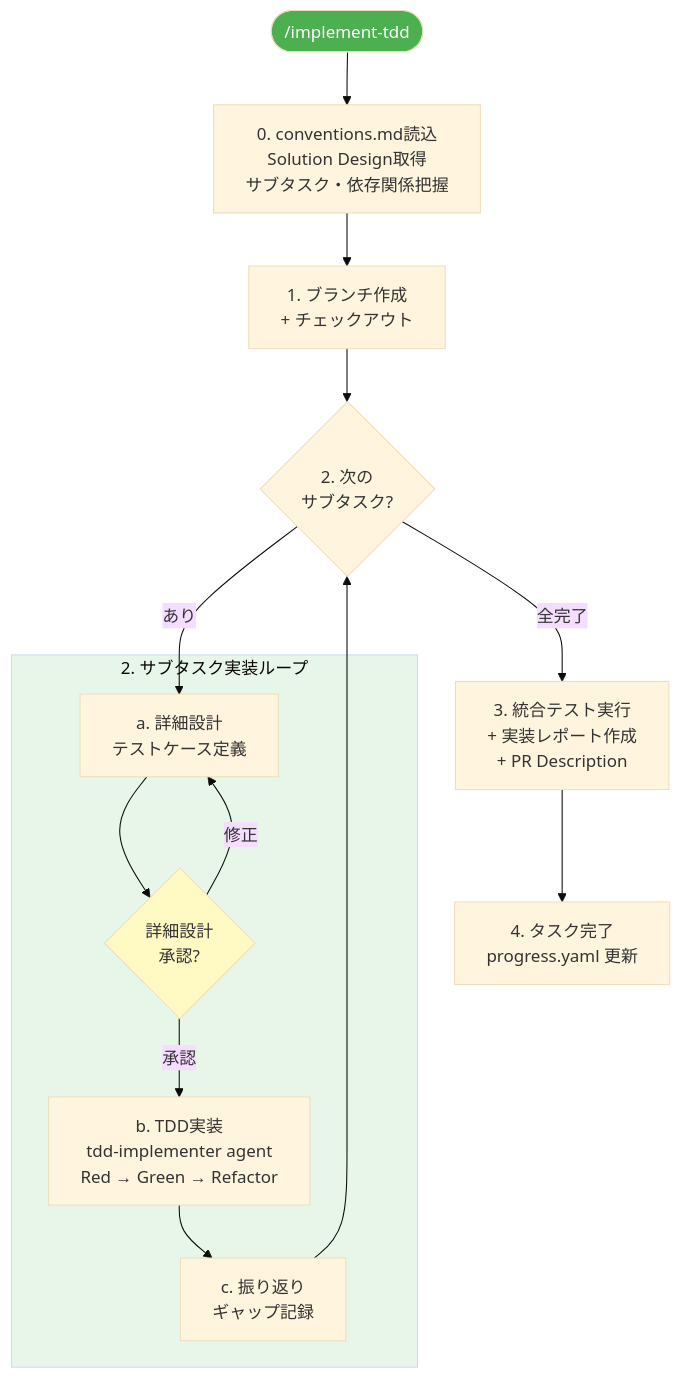
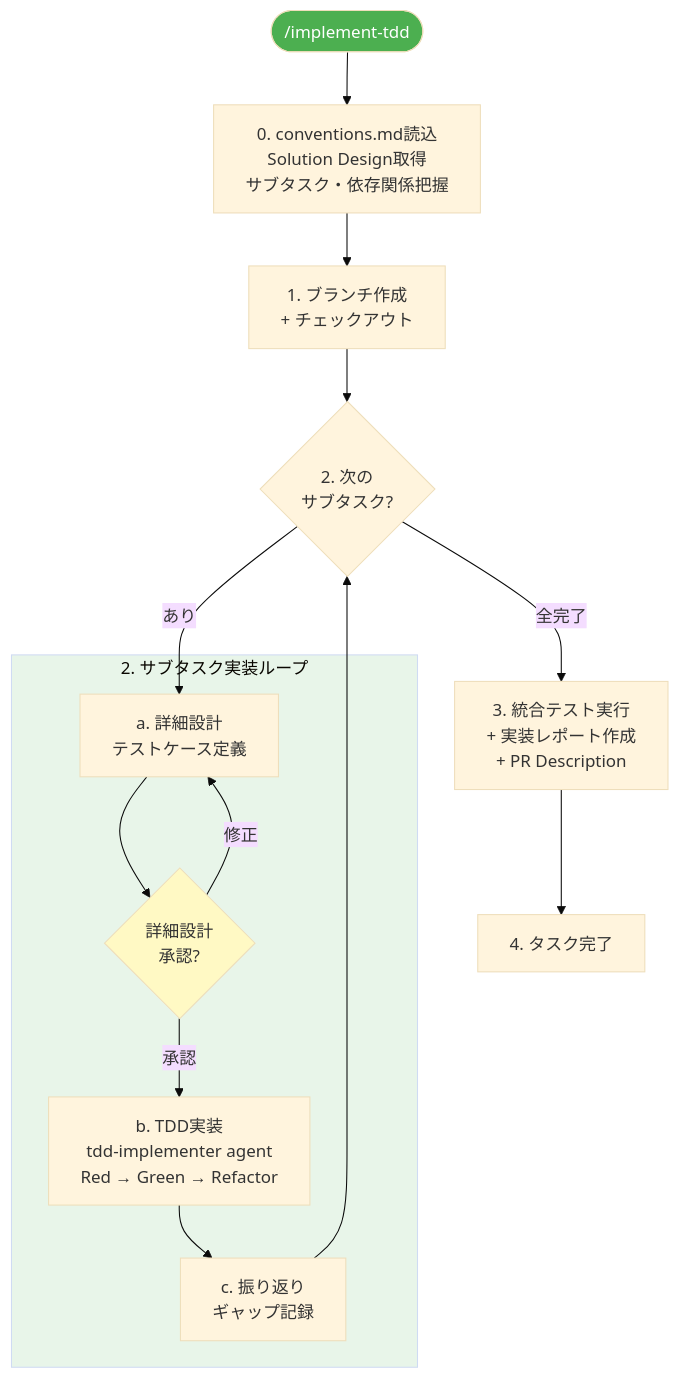
One commit to taakashifukada/app-dev-prompt-suite changed the fourth of 5 diagrams in plugins/app-dev-suite/doc/workflow-diagrams.md. Above: the diagram before and after it, drawn with Mermaid (base theme). The commit also changed other lines of this file and 7 other files, not shown here.

````diff
--- a/plugins/app-dev-suite/doc/workflow-diagrams.md
+++ b/plugins/app-dev-suite/doc/workflow-diagrams.md
@@ -108,26 +108,26 @@
 ```mermaid
 flowchart TD
     Start(["/implement-tdd"]) --> Init["0. conventions.md読込\nSolution Design取得\nサブタスク・依存関係把握"]
     Init --> Branch["1. ブランチ作成\n+ チェックアウト"]
 
     Branch --> LoopStart{"2. 次の\nサブタスク?"}
     LoopStart -- "あり" --> DetailDesign
 
     subgraph SubtaskLoop["2. サブタスク実装ループ"]
         DetailDesign["a. 詳細設計\nテストケース定義"]
         DetailDesign --> ApproveDesign{"詳細設計\n承認?"}
         ApproveDesign -- "承認" --> TDD
         ApproveDesign -- "修正" --> DetailDesign
 
         TDD["b. TDD実装\ntdd-implementer agent\nRed → Green → Refactor"]
         TDD --> Retro["c. 振り返り\nギャップ記録"]
     end
 
     Retro --> LoopStart
     LoopStart -- "全完了" --> VerifyReport["3. 統合テスト実行\n+ 実装レポート作成\n+ PR Description"]
-    VerifyReport --> Complete["4. タスク完了\nprogress.yaml 更新"]
+    VerifyReport --> Complete["4. タスク完了"]
 
     style Start fill:#4CAF50,color:#fff
     style SubtaskLoop fill:#e8f5e9
     style ApproveDesign fill:#fff9c4
 ```
````
